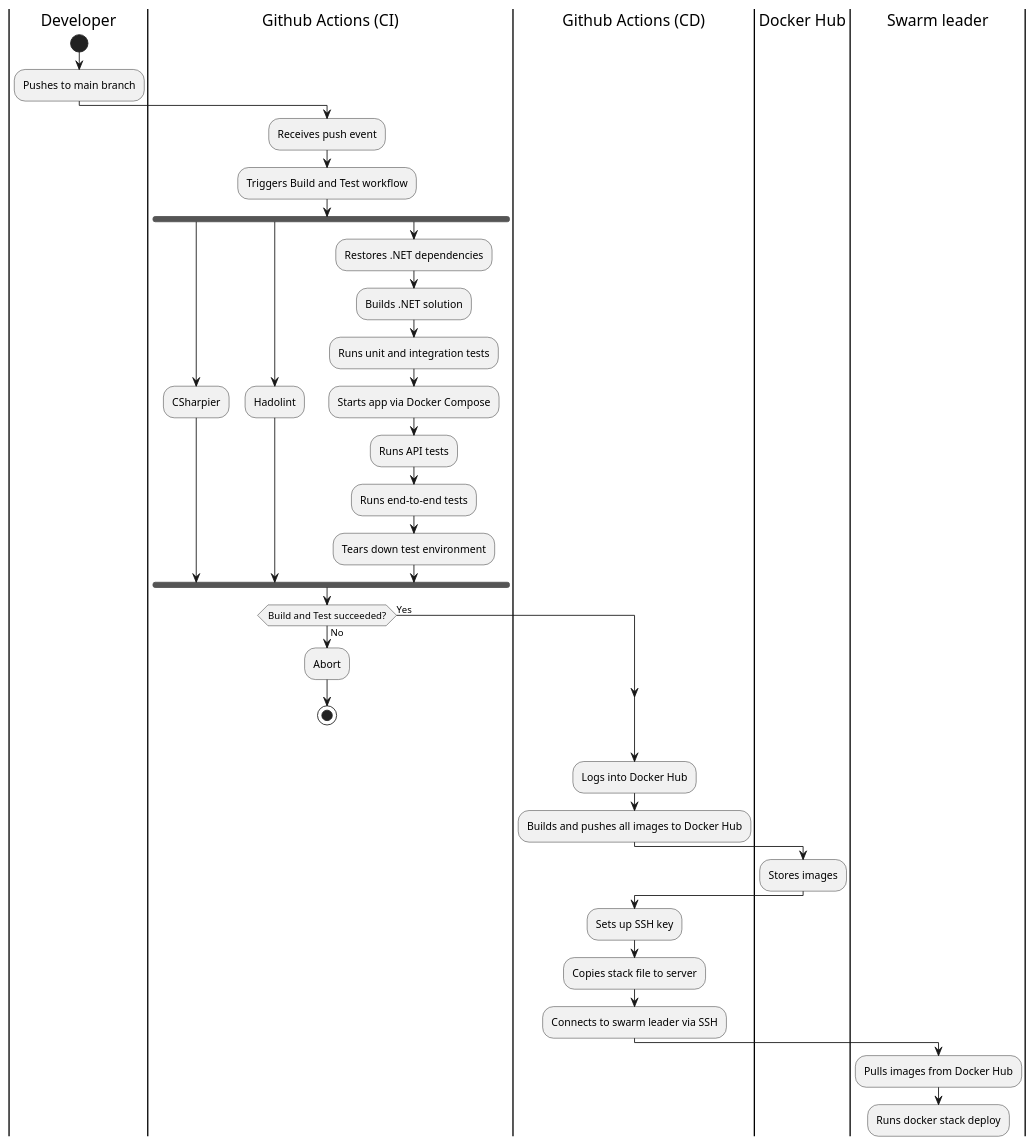
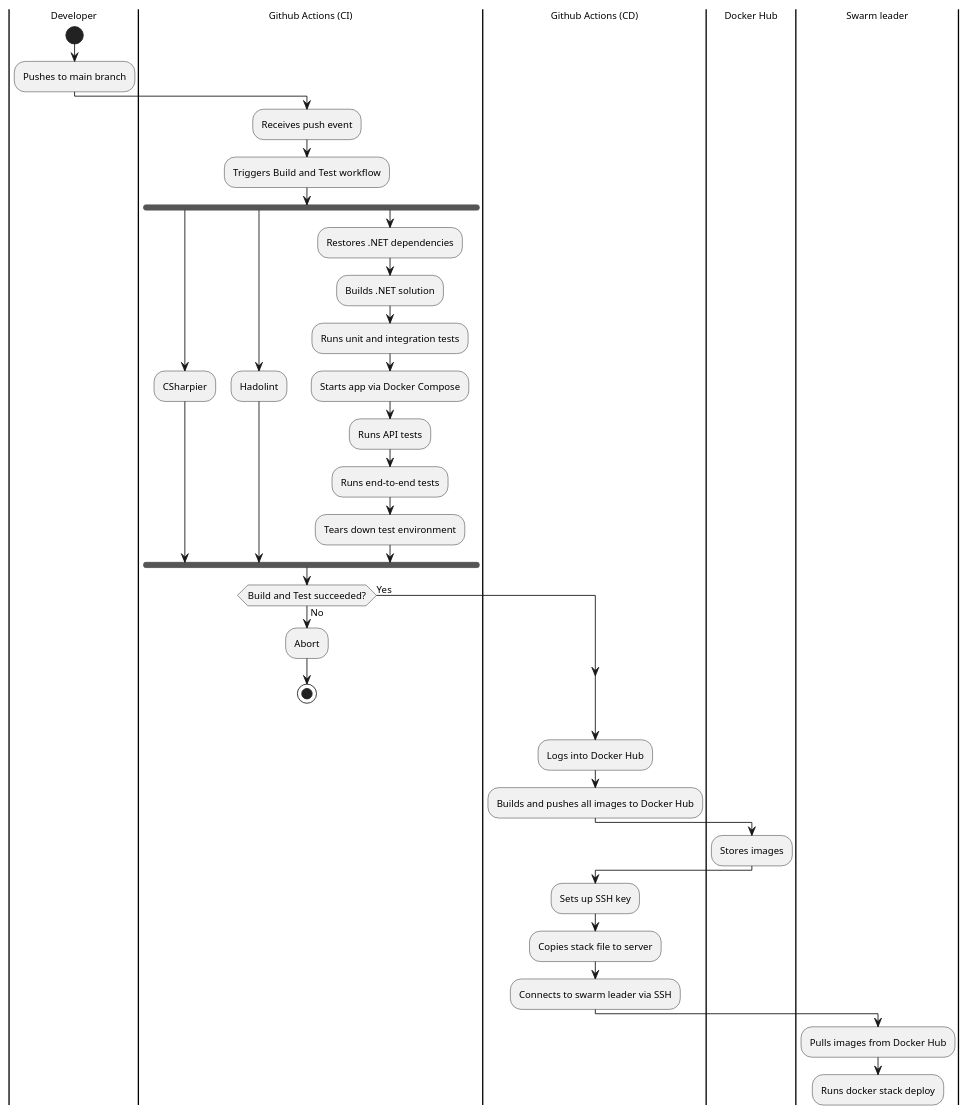
The diagram in report/src/diagrams/cicd.puml (DevBobs-devops/Devbobs_MiniTwit), drawn with PlantUML before and after one commit. The commit also changed 2 other files, not shown here.

Commit message:
report: enlarge cicd diagram

```diff
--- a/report/src/diagrams/cicd.puml
+++ b/report/src/diagrams/cicd.puml
@@ -1,59 +1,60 @@
 @startuml cicd_pipeline
+skinparam DefaultFontSize 11
 
 |Developer|
 start
 :Pushes to main branch;
 ' Also triggers on pull requests on main, but it might too much to write in the diagram
 
 |Github Actions (CI)|
 :Receives push event;
 :Triggers Build and Test workflow;
 fork
     :CSharpier;
 fork again
     :Hadolint;
 fork again
     :Restores .NET dependencies;
     :Builds .NET solution;
     :Runs unit and integration tests;
     :Starts app via Docker Compose;
     ' Also waits for app to start, should this be included?
     :Runs API tests;
     :Runs end-to-end tests;
     :Tears down test environment;
 end fork
 
 if (Build and Test succeeded?) then (Yes)
 else (No)
     :Abort;
     stop
 endif
 
 |Github Actions (CD)|
 :Logs into Docker Hub;
 
 ':Builds and pushes minitwit;
 'Should the 'm' in 'minitwit' be capitalized?
 ':Builds and pushes Alloy;
 ':Builds and pushes Loki;
 ':Builds and pushes Prometheus;
 ':Builds and pushes Grafana;
 'This can maybe be shortened if we want the diagram to be smaller.
 :Builds and pushes all images to Docker Hub;
 
 
 |Docker Hub|
 :Stores images;
 
 |Github Actions (CD)|
 :Sets up SSH key;
 :Copies stack file to server;
 :Connects to swarm leader via SSH;
 
 
 |Swarm leader|
 :Pulls images from Docker Hub;
 :Runs docker stack deploy;
 
 
 @enduml
```
